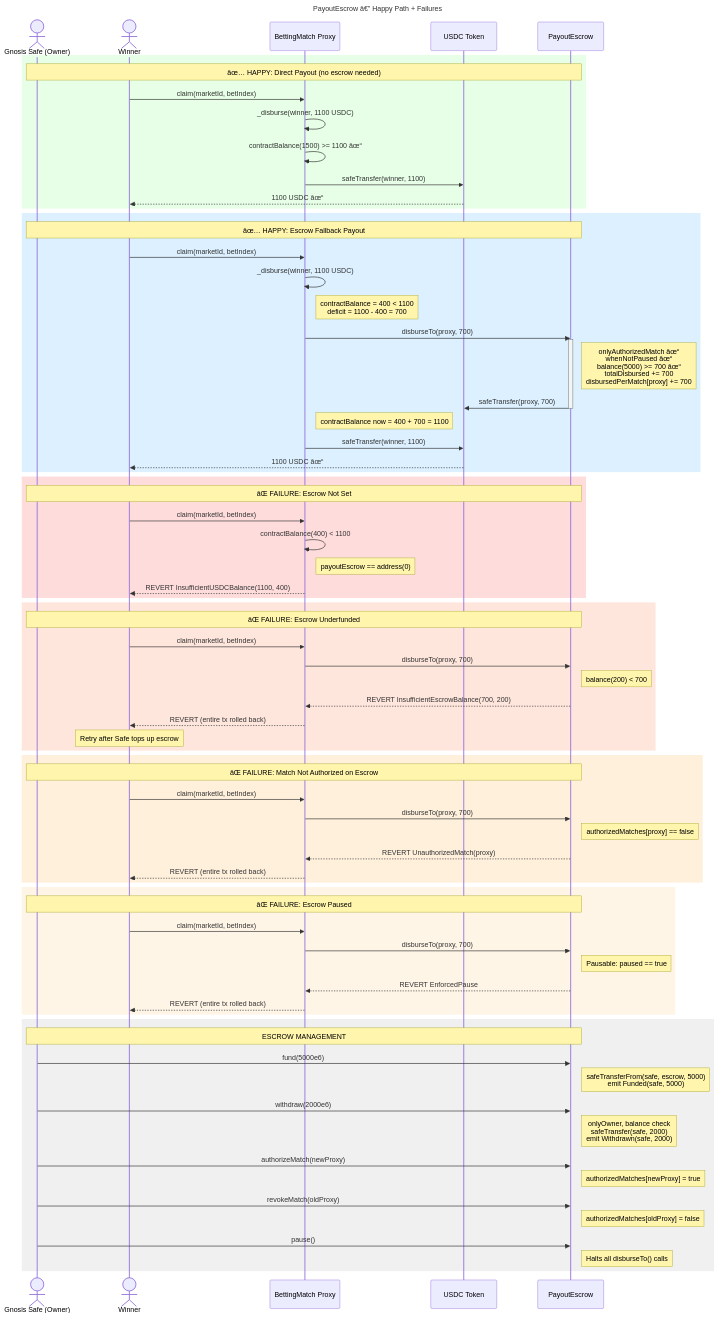
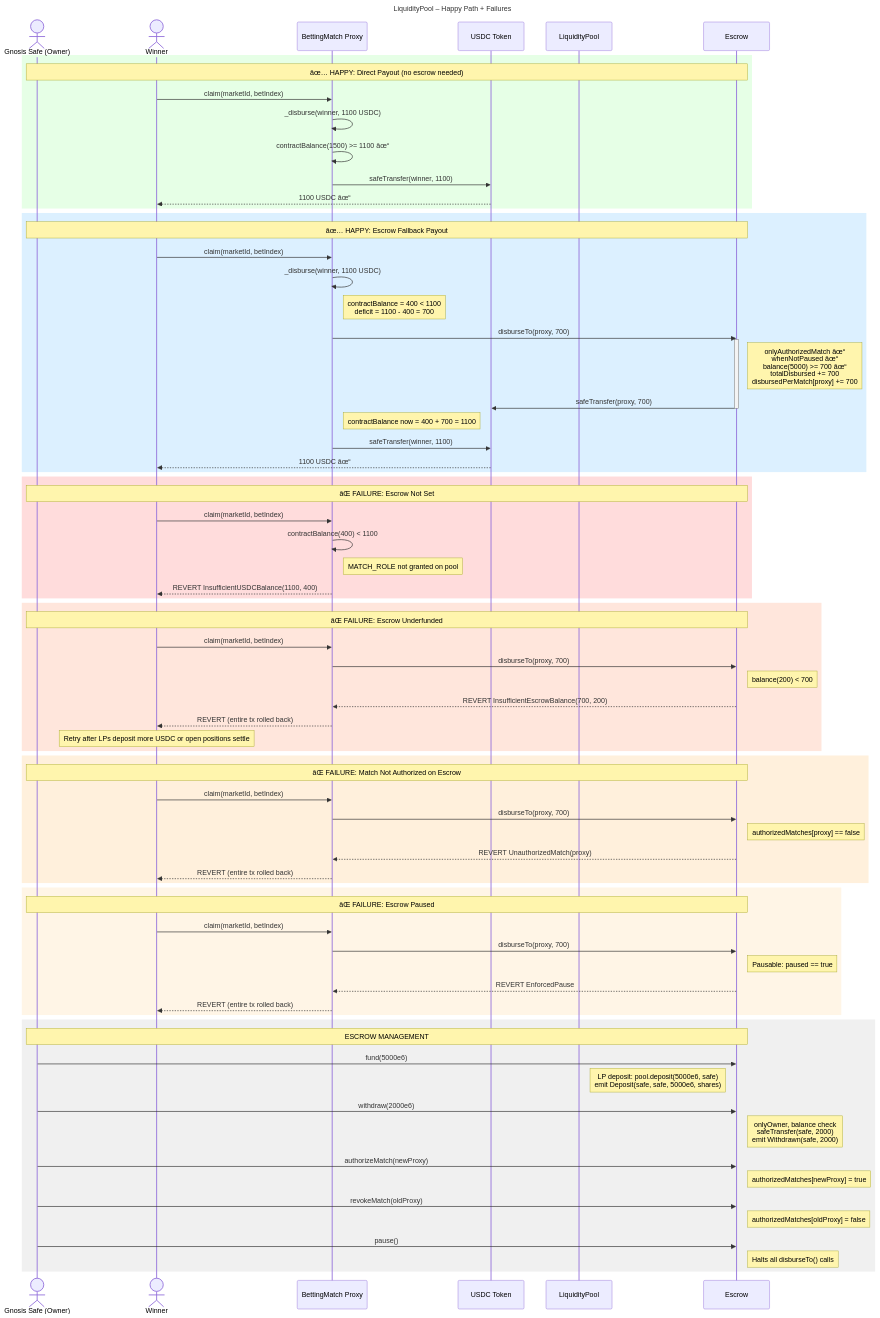
Before and after one commit to ChilizTV/smart-contracts: the fourth of 8 diagrams in SEQUENCE_DIAGRAMS.md, drawn with Mermaid. The commit also changed other lines of this file and 8 other files, not shown here.

````diff
--- a/SEQUENCE_DIAGRAMS.md
+++ b/SEQUENCE_DIAGRAMS.md
@@ -355,13 +355,13 @@
 ```mermaid
 sequenceDiagram
-    title PayoutEscrow â€” Happy Path + Failures
+    title LiquidityPool – Happy Path + Failures
 
     actor Safe as Gnosis Safe (Owner)
     actor Winner as Winner
 
     participant Proxy as BettingMatch Proxy
     participant USDC as USDC Token
-    participant Escrow as PayoutEscrow
+    participant Pool as LiquidityPool
 
     rect rgb(230, 255, 230)
         Note over Safe,Escrow: âœ… HAPPY: Direct Payout (no escrow needed)
@@ -394,7 +394,7 @@
 
         Winner->>Proxy: claim(marketId, betIndex)
         Proxy->>Proxy: contractBalance(400) < 1100
-        Note right of Proxy: payoutEscrow == address(0)
+        Note right of Proxy: MATCH_ROLE not granted on pool
         Proxy-->>Winner: REVERT InsufficientUSDCBalance(1100, 400)
     end
 
@@ -406,7 +406,7 @@
         Note right of Escrow: balance(200) < 700
         Escrow-->>Proxy: REVERT InsufficientEscrowBalance(700, 200)
         Proxy-->>Winner: REVERT (entire tx rolled back)
-        Note over Winner: Retry after Safe tops up escrow
+        Note over Winner: Retry after LPs deposit more USDC or open positions settle
     end
 
     rect rgb(255, 240, 220)
@@ -433,7 +433,7 @@
         Note over Safe,Escrow: ESCROW MANAGEMENT
 
         Safe->>Escrow: fund(5000e6)
-        Note right of Escrow: safeTransferFrom(safe, escrow, 5000)<br/>emit Funded(safe, 5000)
+        Note right of Pool: LP deposit: pool.deposit(5000e6, safe)<br/>emit Deposit(safe, safe, 5000e6, shares)
 
         Safe->>Escrow: withdraw(2000e6)
         Note right of Escrow: onlyOwner, balance check<br/>safeTransfer(safe, 2000)<br/>emit Withdrawn(safe, 2000)
````
